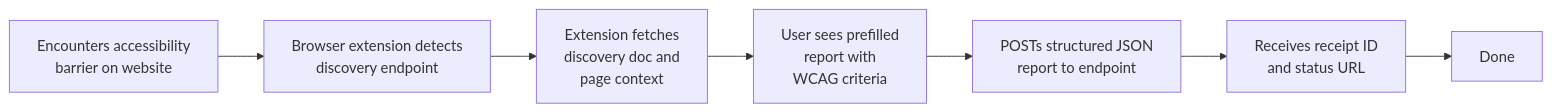
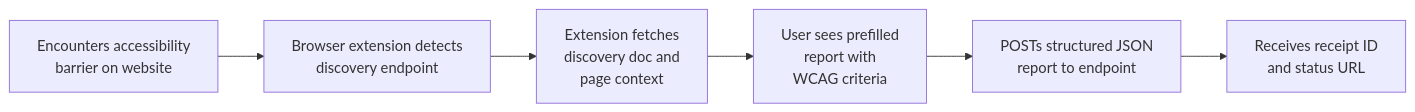
One commit to AutoSponge/well-known-accessibility-report changed the third of 5 diagrams in readme.md. Above: the diagram before and after it, drawn with Mermaid.

Commit message:
fix(readme): remove repeating in journeys

````diff
--- a/readme.md
+++ b/readme.md
@@ -220,9 +220,8 @@
 ```mermaid
 flowchart LR
     A[Encounters accessibility<br/>barrier on website] --> B[Browser extension detects<br/>discovery endpoint]
     B --> C[Extension fetches<br/>discovery doc and<br/>page context]
     C --> D[User sees prefilled<br/>report with<br/>WCAG criteria]
     D --> E[POSTs structured JSON<br/>report to endpoint]
     E --> F[Receives receipt ID<br/>and status URL]
-    F --> G[Done]
 ```
````
